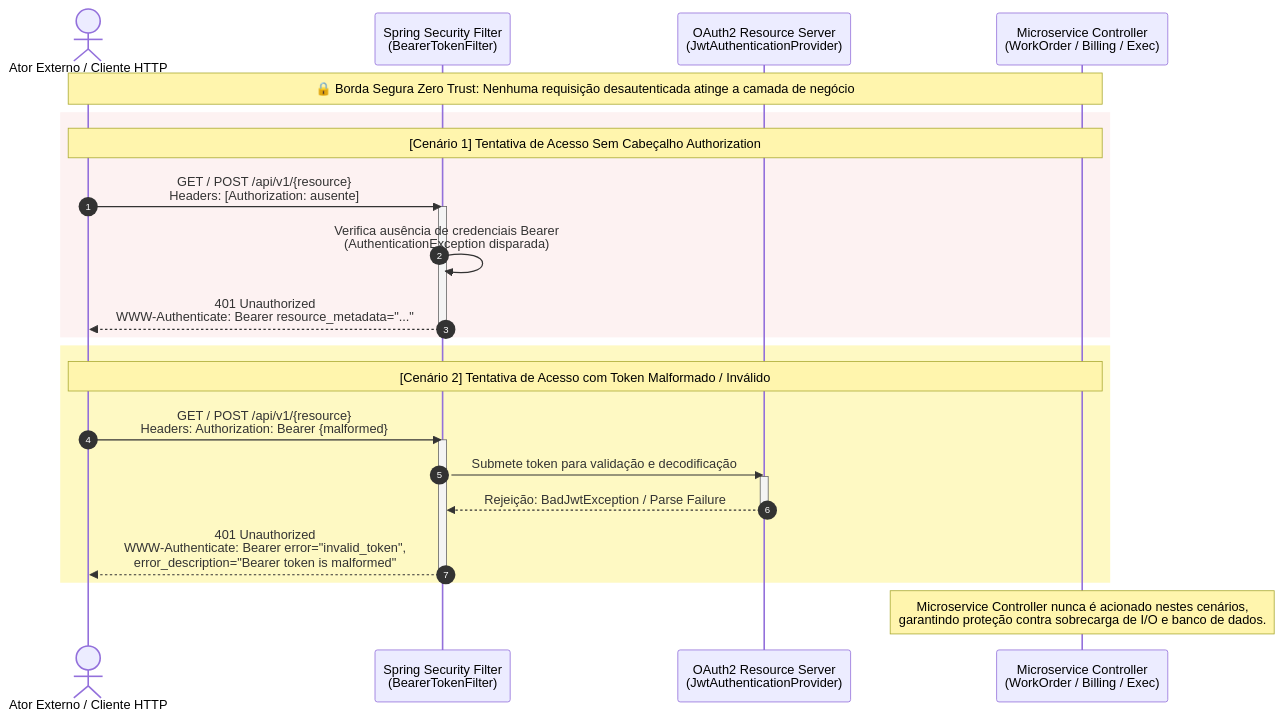
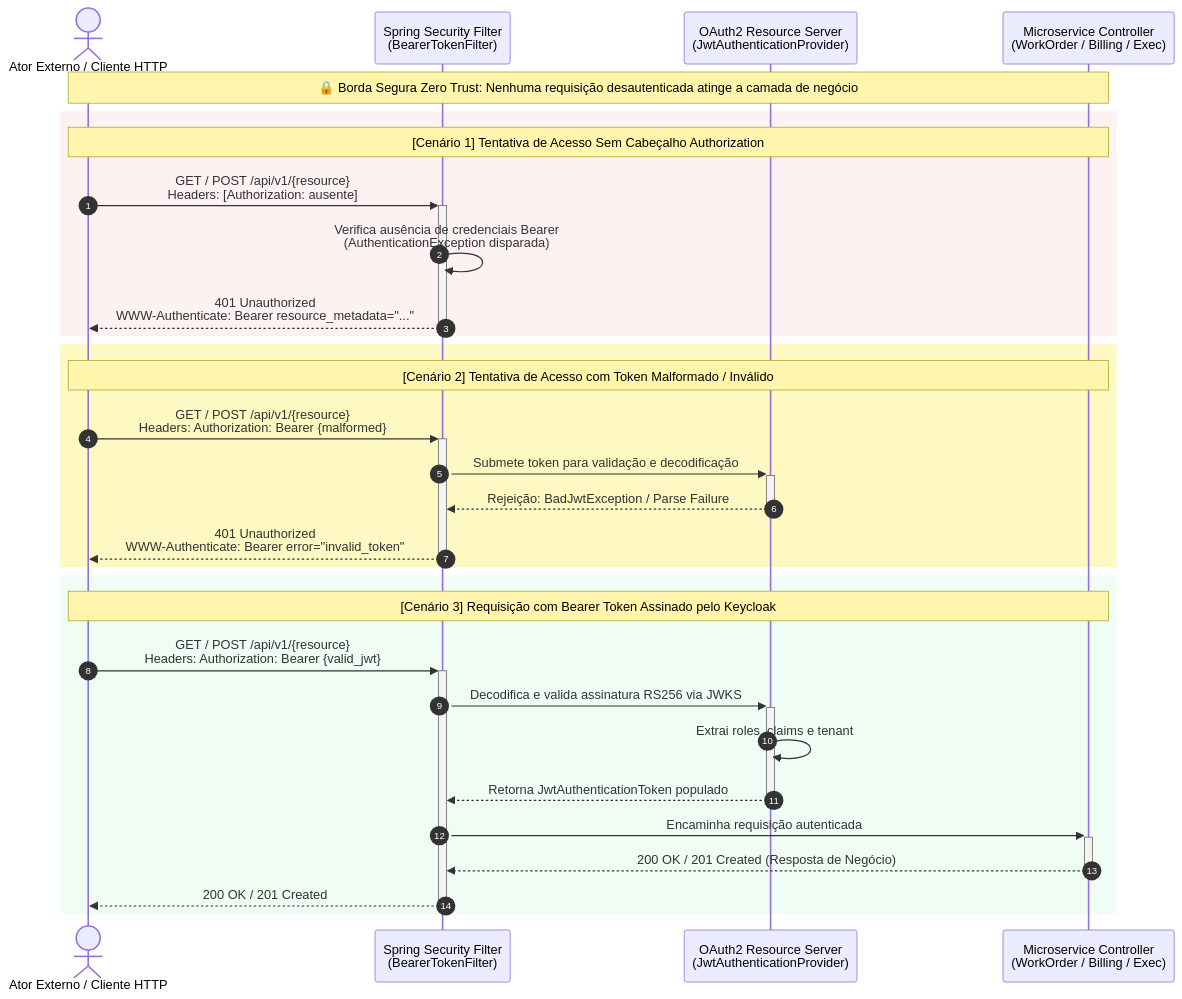
One commit to rodsordi/15soat-phase4-e2e changed the diagram in src/test/resources/features/security/cross_api_authentication_guardrails.md. Above: the diagram before and after it, drawn with Mermaid. The commit also changed other lines of this file and 19 other files, not shown here.

Commit message:
feat(e2e): update sequence diagrams, estimate lifecycle features and step definitions

````diff
--- a/src/test/resources/features/security/cross_api_authentication_guardrails.md
+++ b/src/test/resources/features/security/cross_api_authentication_guardrails.md
@@ -29,39 +20,45 @@
 ```mermaid
 sequenceDiagram
     autonumber
     actor Ator as Ator Externo / Cliente HTTP
     participant SecFilter as Spring Security Filter<br/>(BearerTokenFilter)
     participant ResourceServer as OAuth2 Resource Server<br/>(JwtAuthenticationProvider)
     participant Controller as Microservice Controller<br/>(WorkOrder / Billing / Exec)
 
     Note over Ator,Controller: 🔒 Borda Segura Zero Trust: Nenhuma requisição desautenticada atinge a camada de negócio
 
     %% =========================================================================
     %% Fluxo 1: Requisição Sem Cabeçalho de Autenticação (Cenário 1)
     %% =========================================================================
     rect rgb(253, 242, 242)
         Note over Ator,Controller: [Cenário 1] Tentativa de Acesso Sem Cabeçalho Authorization
-        Ator->>SecFilter: GET / POST /api/v1/{resource}<br/>Headers: [Authorization: ausente]
-        activate SecFilter
+        Ator->>+SecFilter: GET / POST /api/v1/{resource}<br/>Headers: [Authorization: ausente]
         SecFilter->>SecFilter: Verifica ausência de credenciais Bearer<br/>(AuthenticationException disparada)
-        SecFilter-->>Ator: 401 Unauthorized<br/>WWW-Authenticate: Bearer resource_metadata="..."
-        deactivate SecFilter
+        SecFilter-->>-Ator: 401 Unauthorized<br/>WWW-Authenticate: Bearer resource_metadata="..."
     end
 
     %% =========================================================================
     %% Fluxo 2: Requisição com Token JWT Malformado / Inválido (Cenário 2)
     %% =========================================================================
     rect rgb(254, 249, 195)
         Note over Ator,Controller: [Cenário 2] Tentativa de Acesso com Token Malformado / Inválido
-        Ator->>SecFilter: GET / POST /api/v1/{resource}<br/>Headers: Authorization: Bearer {malformed}
-        activate SecFilter
-        SecFilter->>ResourceServer: Submete token para validação e decodificação
-        activate ResourceServer
-        ResourceServer-->>SecFilter: Rejeição: BadJwtException / Parse Failure
-        deactivate ResourceServer
-        SecFilter-->>Ator: 401 Unauthorized<br/>WWW-Authenticate: Bearer error="invalid_token",<br/>error_description="Bearer token is malformed"
-        deactivate SecFilter
+        Ator->>+SecFilter: GET / POST /api/v1/{resource}<br/>Headers: Authorization: Bearer {malformed}
+        SecFilter->>+ResourceServer: Submete token para validação e decodificação
+        ResourceServer-->>-SecFilter: Rejeição: BadJwtException / Parse Failure
+        SecFilter-->>-Ator: 401 Unauthorized<br/>WWW-Authenticate: Bearer error="invalid_token"
     end
 
-    Note over Controller: Microservice Controller nunca é acionado nestes cenários,<br/>garantindo proteção contra sobrecarga de I/O e banco de dados.
+    %% =========================================================================
+    %% Fluxo 3: Requisição Legítima com Token Válido (Cenário 3 - Controle de Sanidade)
+    %% =========================================================================
+    rect rgb(240, 253, 244)
+        Note over Ator,Controller: [Cenário 3] Requisição com Bearer Token Assinado pelo Keycloak
+        Ator->>+SecFilter: GET / POST /api/v1/{resource}<br/>Headers: Authorization: Bearer {valid_jwt}
+        SecFilter->>+ResourceServer: Decodifica e valida assinatura RS256 via JWKS
+        ResourceServer->>ResourceServer: Extrai roles, claims e tenant
+        ResourceServer-->>-SecFilter: Retorna JwtAuthenticationToken populado
+        SecFilter->>+Controller: Encaminha requisição autenticada
+        Controller-->>-SecFilter: 200 OK / 201 Created (Resposta de Negócio)
+        SecFilter-->>-Ator: 200 OK / 201 Created
+    end
 ```
````
